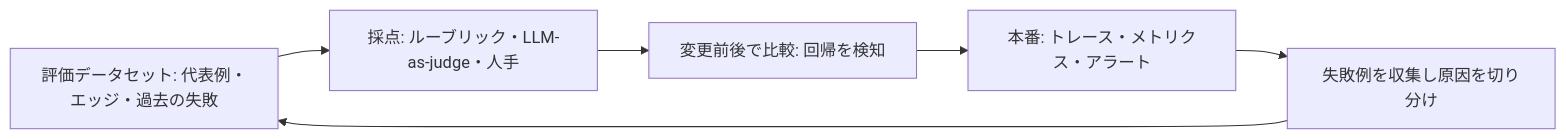
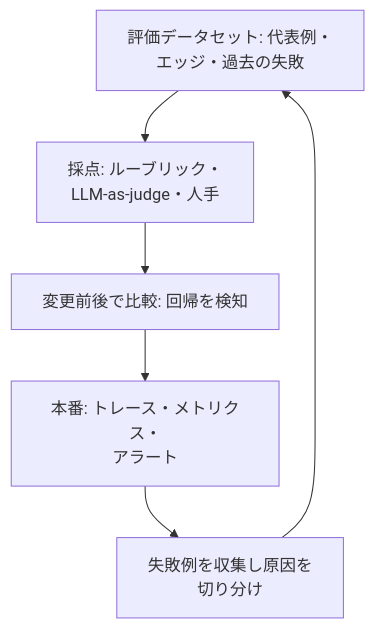
One commit to shingo0321/study changed the fifth of 5 diagrams in claude/overview.md. Above: the diagram before and after it, drawn with Mermaid. The commit also changed other lines of this file and 5 other files, not shown here.

First line of the commit message:
Mermaid俯瞰図を横スクロールなしで表示できるよう調整

````diff
--- a/claude/overview.md
+++ b/claude/overview.md
@@ -95,8 +95,8 @@
 ```mermaid
-flowchart LR
-  D1["評価データセット: 代表例・エッジ・過去の失敗"] --> E1["採点: ルーブリック・LLM-as-judge・人手"]
+flowchart TD
+  D1["評価データセット: 代表例・<br/>エッジ・過去の失敗"] --> E1["採点: ルーブリック・<br/>LLM-as-judge・人手"]
   E1 --> R1["変更前後で比較: 回帰を検知"]
-  R1 --> O1["本番: トレース・メトリクス・アラート"]
-  O1 --> I1["失敗例を収集し原因を切り分け"]
+  R1 --> O1["本番: トレース・メトリクス・<br/>アラート"]
+  O1 --> I1["失敗例を収集し原因を<br/>切り分け"]
   I1 --> D1
 ```
````
